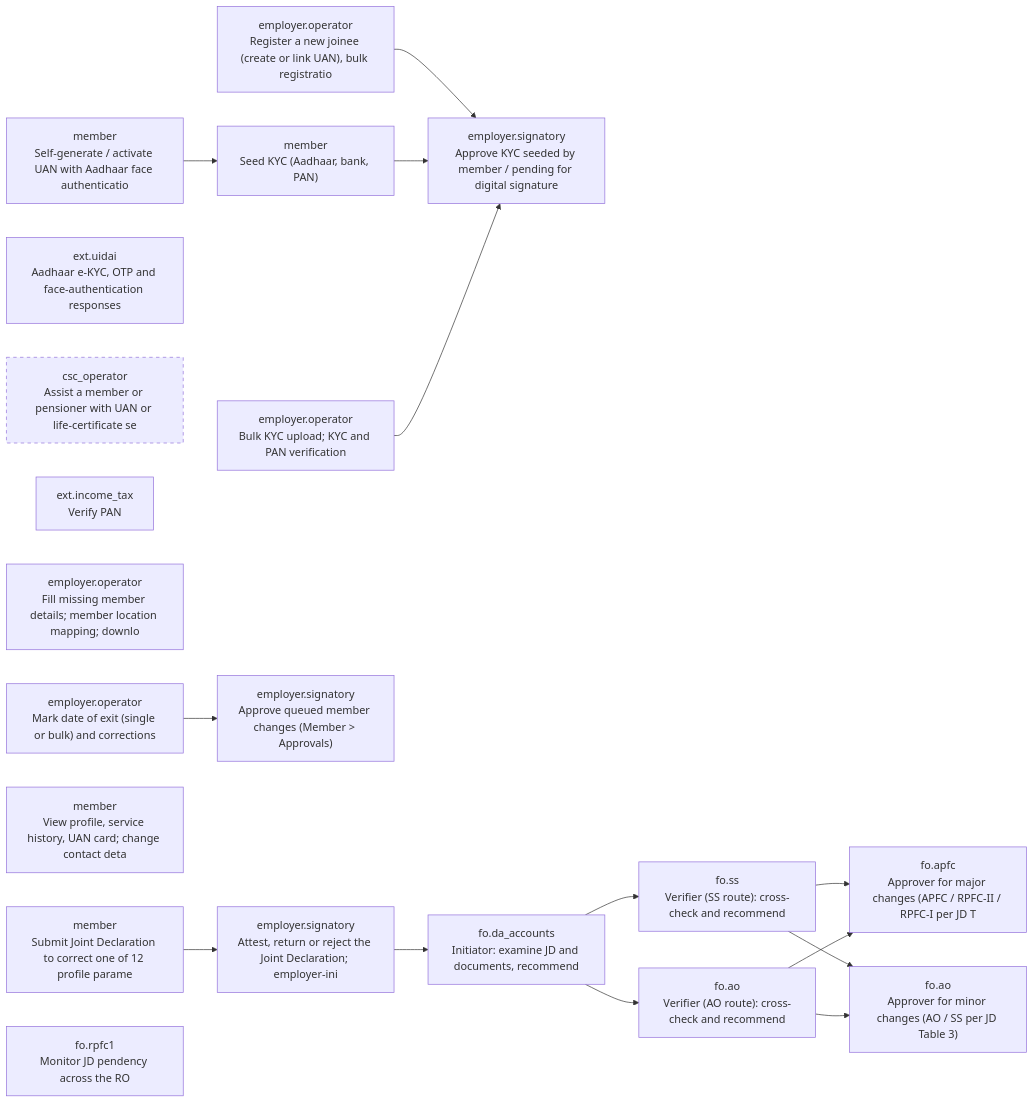
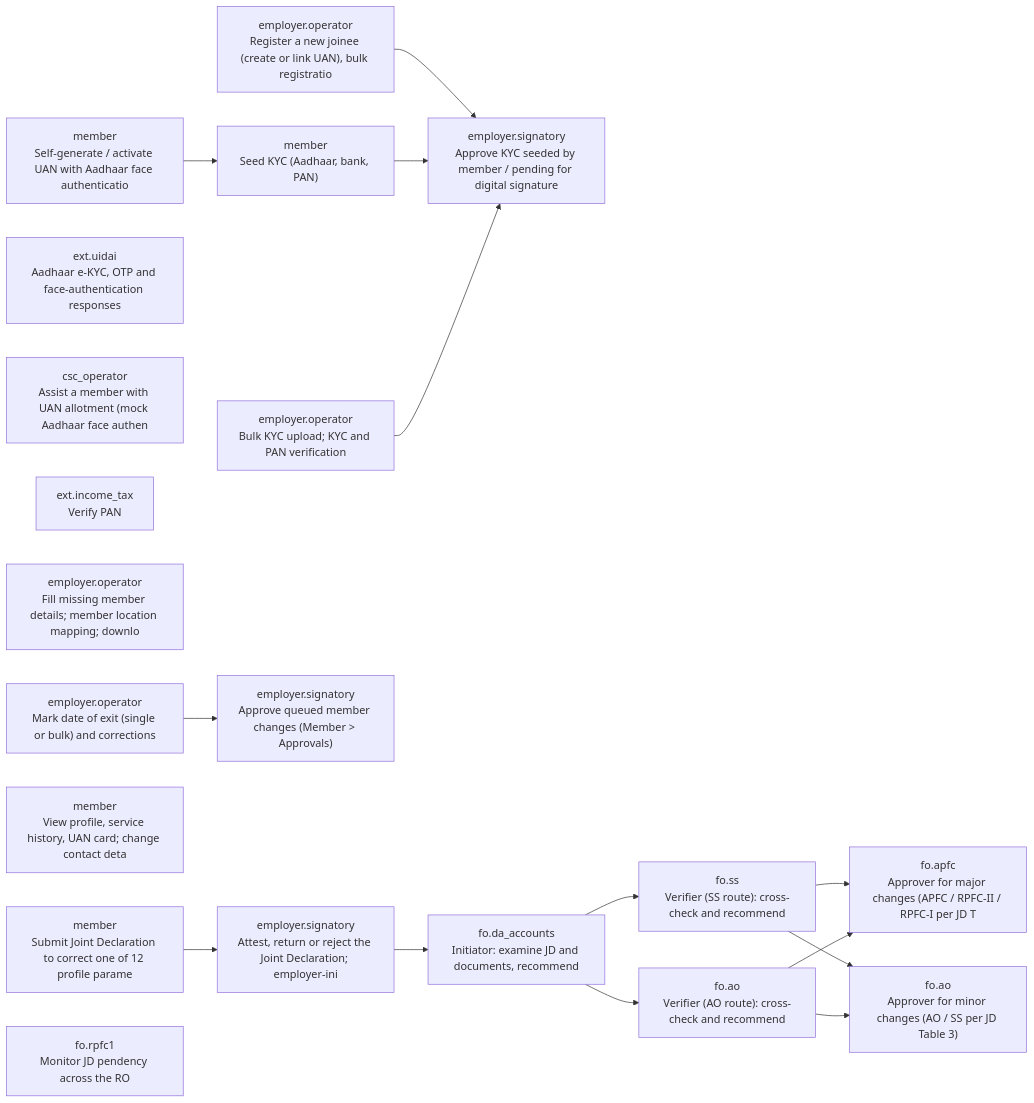
The second of 14 diagrams in docs/stakeholder-api-sets.md (gauravmeena0708/pf-life), drawn with Mermaid before and after one commit. The commit also changed other lines of this file and 73 other files, not shown here.

First line of the commit message:
P2.12a: Form 16A, the quarterly TDS statement, UAN allotment and activation, inoperative accounts

````diff
--- a/docs/stakeholder-api-sets.md
+++ b/docs/stakeholder-api-sets.md
@@ -1471,37 +1472,36 @@
 ```mermaid
 flowchart LR
   F02_register["employer.operator<br/>Register a new joinee (create or link UAN), bulk registratio"]
   F02_uan_self["member<br/>Self-generate / activate UAN with Aadhaar face authenticatio"]
   F02_uidai["ext.uidai<br/>Aadhaar e-KYC, OTP and face-authentication responses"]
-  F02_csc_assist["csc_operator<br/>Assist a member or pensioner with UAN or life-certificate se"]
-  style F02_csc_assist stroke-dasharray: 5 5
+  F02_csc_assist["csc_operator<br/>Assist a member with UAN allotment (mock Aadhaar face authen"]
   F02_kyc_seed["member<br/>Seed KYC (Aadhaar, bank, PAN)"]
   F02_kyc_approve["employer.signatory<br/>Approve KYC seeded by member / pending for digital signature"]
   F02_pan_verify["ext.income_tax<br/>Verify PAN"]
   F02_kyc_bulk["employer.operator<br/>Bulk KYC upload; KYC and PAN verification"]
   F02_missing_details["employer.operator<br/>Fill missing member details; member location mapping; downlo"]
   F02_exit["employer.operator<br/>Mark date of exit (single or bulk) and corrections"]
   F02_employer_approvals["employer.signatory<br/>Approve queued member changes (Member > Approvals)"]
   F02_self_service["member<br/>View profile, service history, UAN card; change contact deta"]
   F02_jd_submit["member<br/>Submit Joint Declaration to correct one of 12 profile parame"]
   F02_jd_attest["employer.signatory<br/>Attest, return or reject the Joint Declaration; employer-ini"]
   F02_jd_initiate["fo.da_accounts<br/>Initiator: examine JD and documents, recommend"]
   F02_jd_verify["fo.ss<br/>Verifier (SS route): cross-check and recommend"]
   F02_jd_verify_ao["fo.ao<br/>Verifier (AO route): cross-check and recommend"]
   F02_jd_approve["fo.apfc<br/>Approver for major changes (APFC / RPFC-II / RPFC-I per JD T"]
   F02_jd_approve_minor["fo.ao<br/>Approver for minor changes (AO / SS per JD Table 3)"]
   F02_jd_monitor["fo.rpfc1<br/>Monitor JD pendency across the RO"]
   F02_register --> F02_kyc_approve
   F02_uan_self --> F02_kyc_seed
   F02_kyc_seed --> F02_kyc_approve
   F02_kyc_bulk --> F02_kyc_approve
   F02_exit --> F02_employer_approvals
   F02_jd_submit --> F02_jd_attest
   F02_jd_attest --> F02_jd_initiate
   F02_jd_initiate --> F02_jd_verify
   F02_jd_initiate --> F02_jd_verify_ao
   F02_jd_verify --> F02_jd_approve
   F02_jd_verify --> F02_jd_approve_minor
   F02_jd_verify_ao --> F02_jd_approve
   F02_jd_verify_ao --> F02_jd_approve_minor
 ```
````
